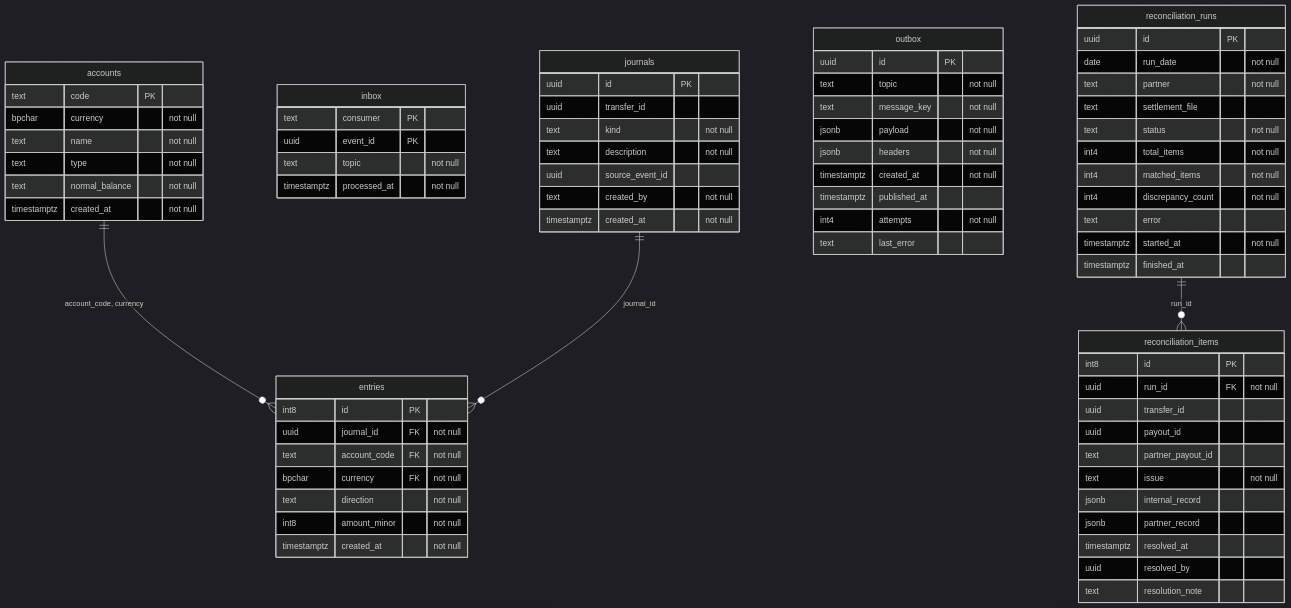
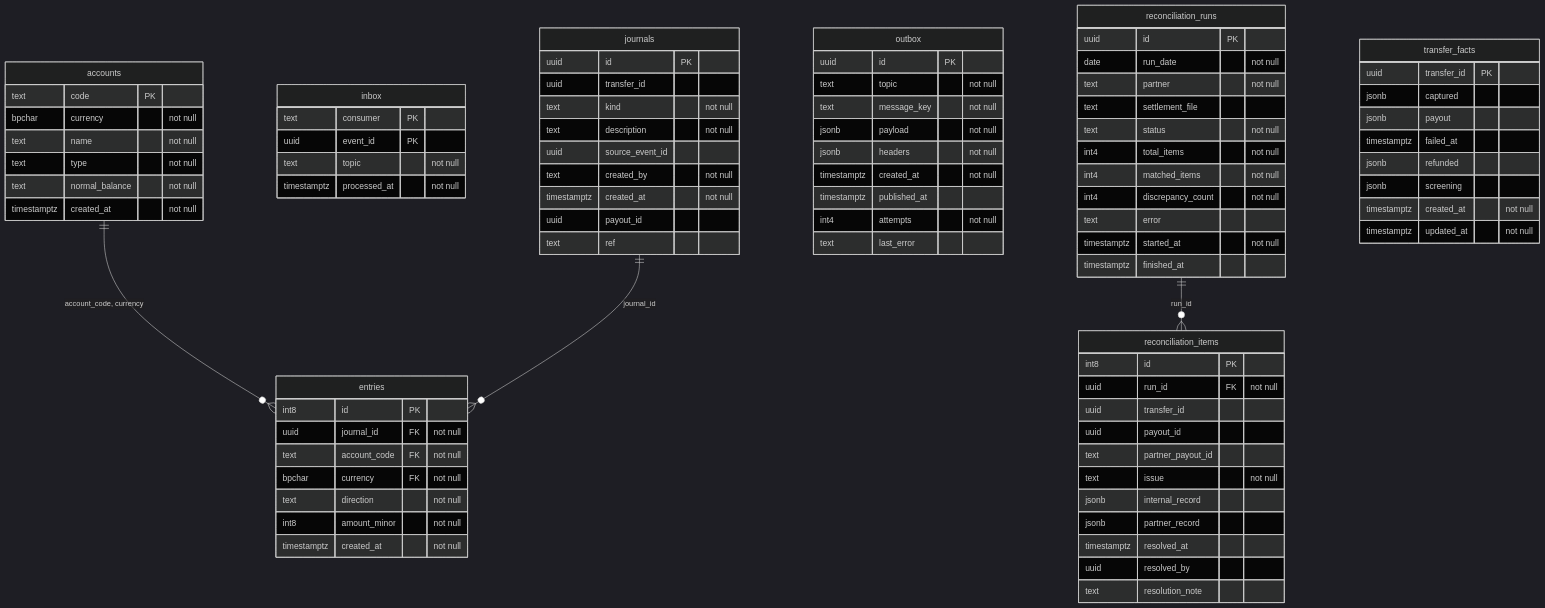
Before and after one commit to ehsanrazakazmi/AnchorPay: the fifth of 7 diagrams in docs/database-erd.md, drawn with Mermaid (dark theme). The commit also changed other lines of this file and 63 other files, not shown here.

```diff
--- a/docs/database-erd.md
+++ b/docs/database-erd.md
@@ -528,6 +543,8 @@
     uuid source_event_id
     text created_by "not null"
     timestamptz created_at "not null"
+    uuid payout_id
+    text ref
   }
   outbox {
     uuid id PK
@@ -566,6 +583,16 @@
     timestamptz started_at "not null"
     timestamptz finished_at
   }
+  transfer_facts {
+    uuid transfer_id PK
+    jsonb captured
+    jsonb payout
+    timestamptz failed_at
+    jsonb refunded
+    jsonb screening
+    timestamptz created_at "not null"
+    timestamptz updated_at "not null"
+  }
   accounts ||--o{ entries : "account_code, currency"
   journals ||--o{ entries : "journal_id"
   reconciliation_runs ||--o{ reconciliation_items : "run_id"
```
